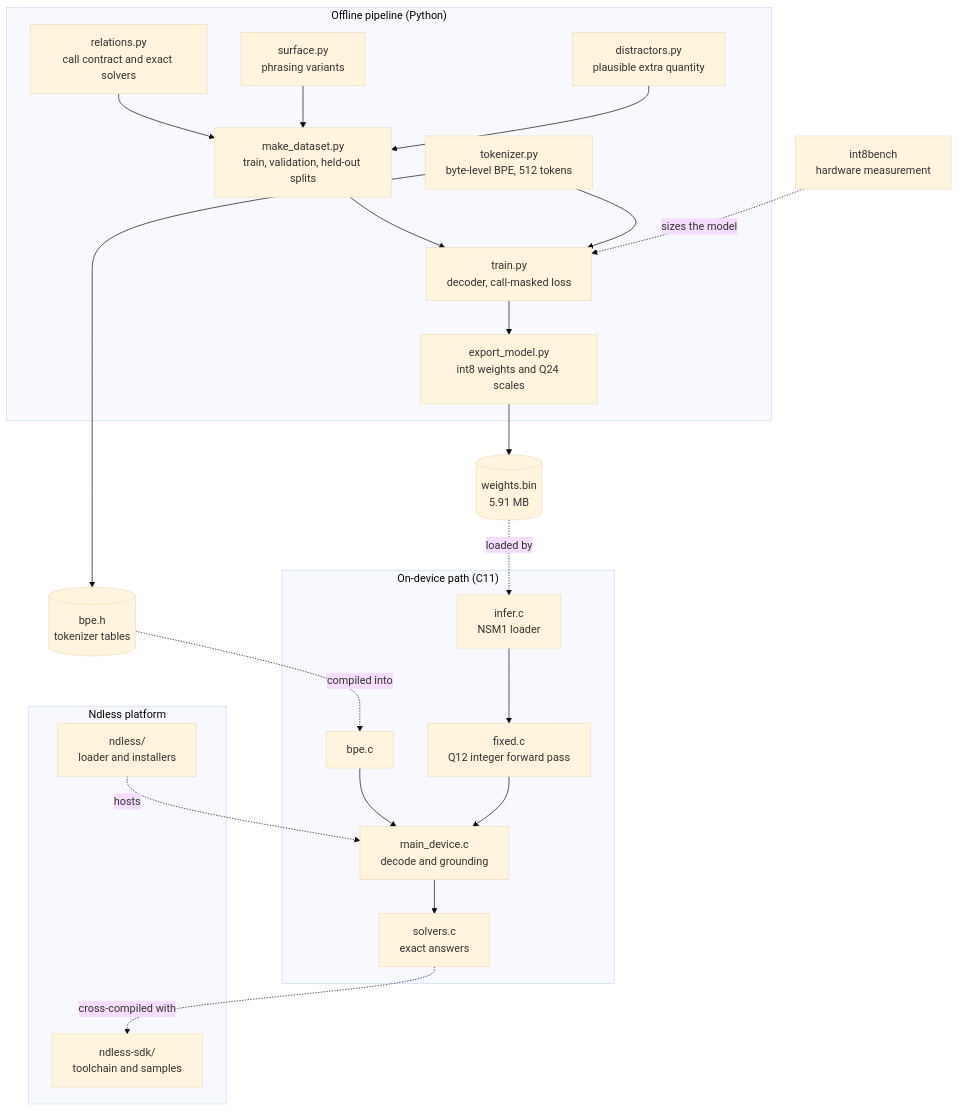
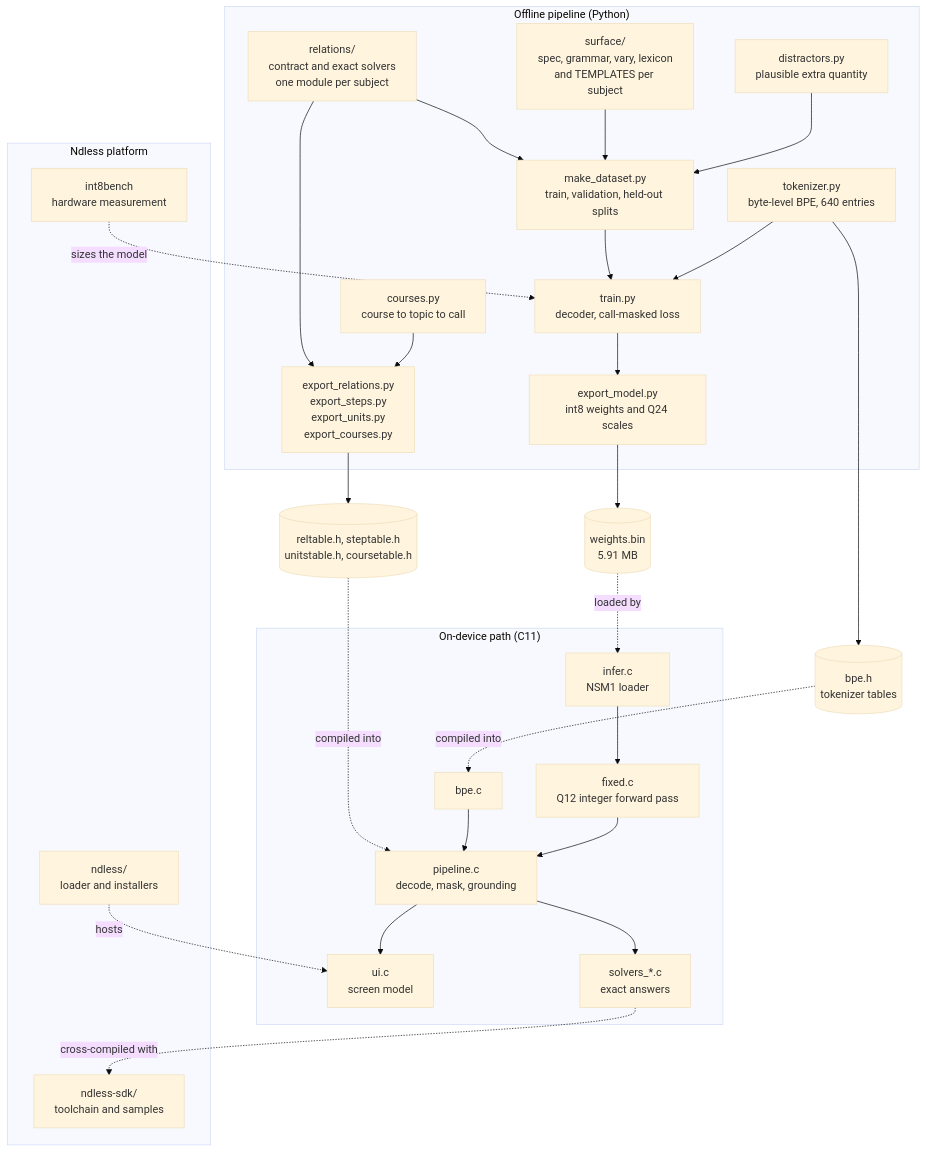
Before and after one commit to exterminatorrat/NdlessAI: the second of 2 diagrams in README.md, drawn with Mermaid (base theme). The commit also changed other lines of this file and 1 other file, not shown here.

````diff
--- a/README.md
+++ b/README.md
@@ -86,47 +87,56 @@
 ```mermaid
 flowchart TB
   subgraph offline["Offline pipeline (Python)"]
-    Rel["relations.py<br/>call contract and exact solvers"]
-    Surf["surface.py<br/>phrasing variants"]
+    Rel["relations/<br/>contract and exact solvers<br/>one module per subject"]
+    Surf["surface/<br/>spec, grammar, vary, lexicon<br/>and TEMPLATES per subject"]
     Dist["distractors.py<br/>plausible extra quantity"]
     Data["make_dataset.py<br/>train, validation, held-out splits"]
-    Tok["tokenizer.py<br/>byte-level BPE, 512 tokens"]
+    Tok["tokenizer.py<br/>byte-level BPE, 640 entries"]
     Train["train.py<br/>decoder, call-masked loss"]
     Exp["export_model.py<br/>int8 weights and Q24 scales"]
-    Rel --> Data
-    Surf --> Data
-    Dist --> Data
-    Data --> Train
-    Tok --> Train
-    Train --> Exp
+    Crs["courses.py<br/>course to topic to call"]
+    Gen["export_relations.py<br/>export_steps.py<br/>export_units.py<br/>export_courses.py"]
   end
 
   subgraph runtime["On-device path (C11)"]
     BPE["bpe.c"]
     Fixed["fixed.c<br/>Q12 integer forward pass"]
     Inf["infer.c<br/>NSM1 loader"]
-    Main["main_device.c<br/>decode and grounding"]
-    Solv["solvers.c<br/>exact answers"]
-    BPE --> Main
-    Inf --> Fixed
-    Fixed --> Main
-    Main --> Solv
+    Pipe["pipeline.c<br/>decode, mask, grounding"]
+    UI["ui.c<br/>screen model"]
+    Solv["solvers_*.c<br/>exact answers"]
   end
 
   subgraph ndless["Ndless platform"]
     Loader["ndless/<br/>loader and installers"]
     SDK["ndless-sdk/<br/>toolchain and samples"]
+    Bench["int8bench<br/>hardware measurement"]
   end
 
   W[("weights.bin<br/>5.91 MB")]
   H[("bpe.h<br/>tokenizer tables")]
-  Bench["int8bench<br/>hardware measurement"]
+  T[("reltable.h, steptable.h<br/>unitstable.h, coursetable.h")]
 
+  Rel --> Data
+  Surf --> Data
+  Dist --> Data
+  Data --> Train
+  Tok --> Train
+  Train --> Exp
   Exp --> W
   Tok --> H
+  Rel --> Gen
+  Crs --> Gen
+  Gen --> T
   W -. loaded by .-> Inf
   H -. compiled into .-> BPE
+  T -. compiled into .-> Pipe
+  BPE --> Pipe
+  Inf --> Fixed
+  Fixed --> Pipe
+  Pipe --> Solv
+  Pipe --> UI
   Solv -. cross-compiled with .-> SDK
   Bench -. sizes the model .-> Train
-  Loader -. hosts .-> Main
+  Loader -. hosts .-> UI
 ```
````
